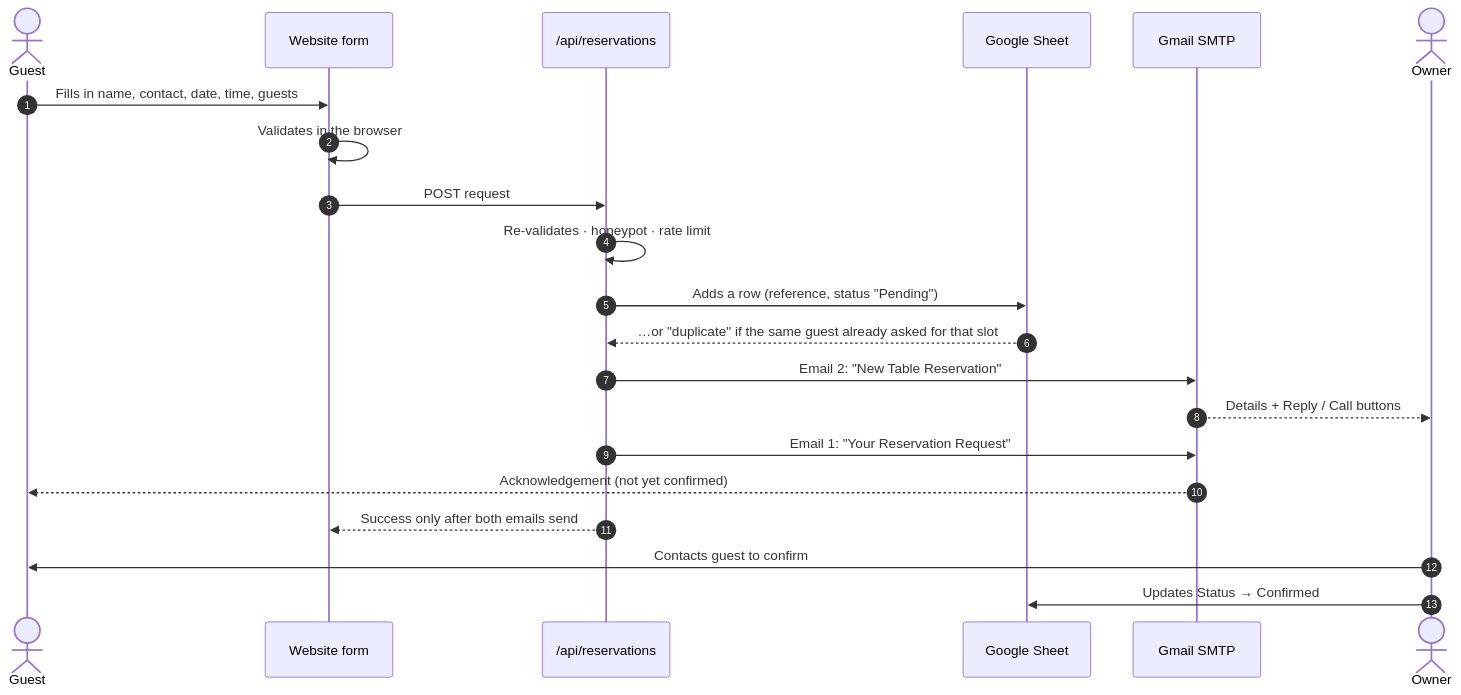
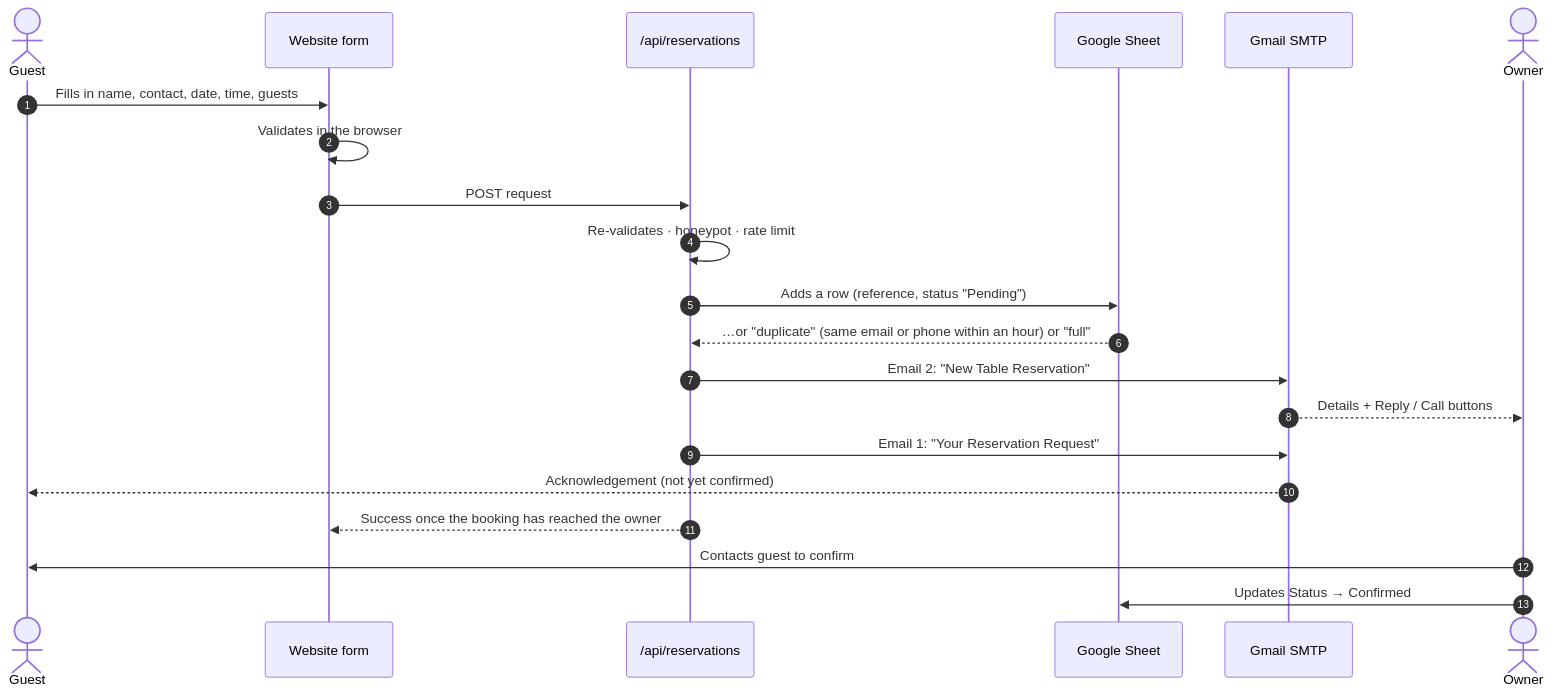
One commit to rudra1358/aurelia-cafe changed the diagram in README.md. Above: the diagram before and after it, drawn with Mermaid. The commit also changed other lines of this file and 7 other files, not shown here.

First line of the commit message:
Handle booking edge cases: closed days, capacity, duplicates, email failures

````diff
--- a/README.md
+++ b/README.md
@@ -142,24 +142,24 @@
 ```mermaid
 sequenceDiagram
     autonumber
     actor Guest
     participant Site as Website form
     participant API as /api/reservations
     participant Sheet as Google Sheet
     participant Gmail as Gmail SMTP
     actor Owner
 
     Guest->>Site: Fills in name, contact, date, time, guests
     Site->>Site: Validates in the browser
     Site->>API: POST request
     API->>API: Re-validates · honeypot · rate limit
     API->>Sheet: Adds a row (reference, status "Pending")
-    Sheet-->>API: …or "duplicate" if the same guest already asked for that slot
+    Sheet-->>API: …or "duplicate" (same email or phone within an hour) or "full"
     API->>Gmail: Email 2: "New Table Reservation"
     Gmail-->>Owner: Details + Reply / Call buttons
     API->>Gmail: Email 1: "Your Reservation Request"
     Gmail-->>Guest: Acknowledgement (not yet confirmed)
-    API-->>Site: Success only after both emails send
+    API-->>Site: Success once the booking has reached the owner
     Owner->>Guest: Contacts guest to confirm
     Owner->>Sheet: Updates Status → Confirmed
 ```
````
